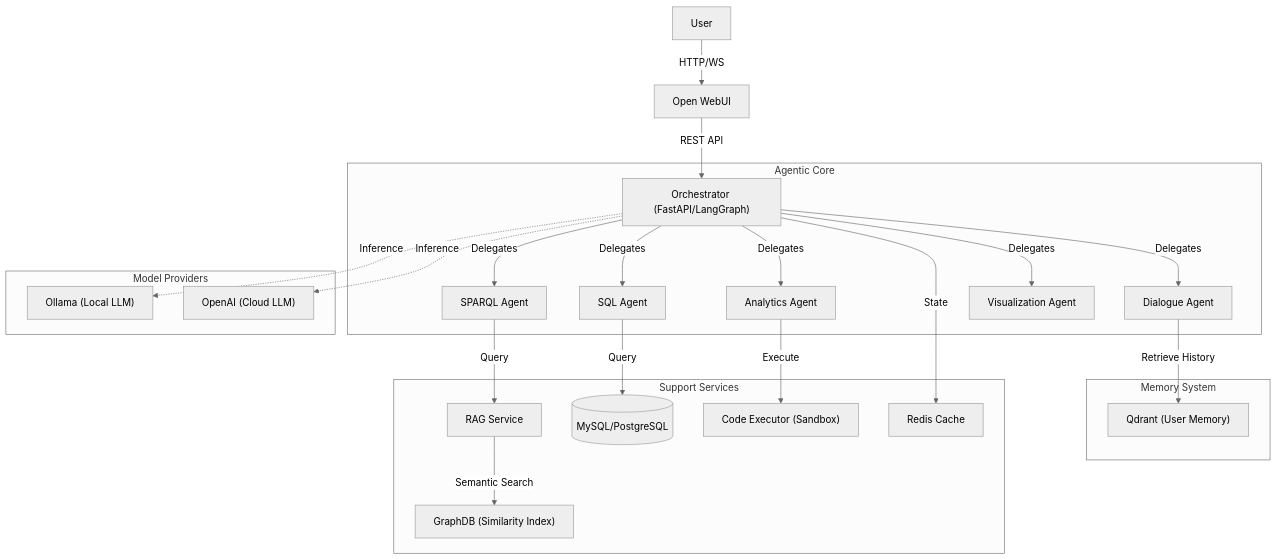
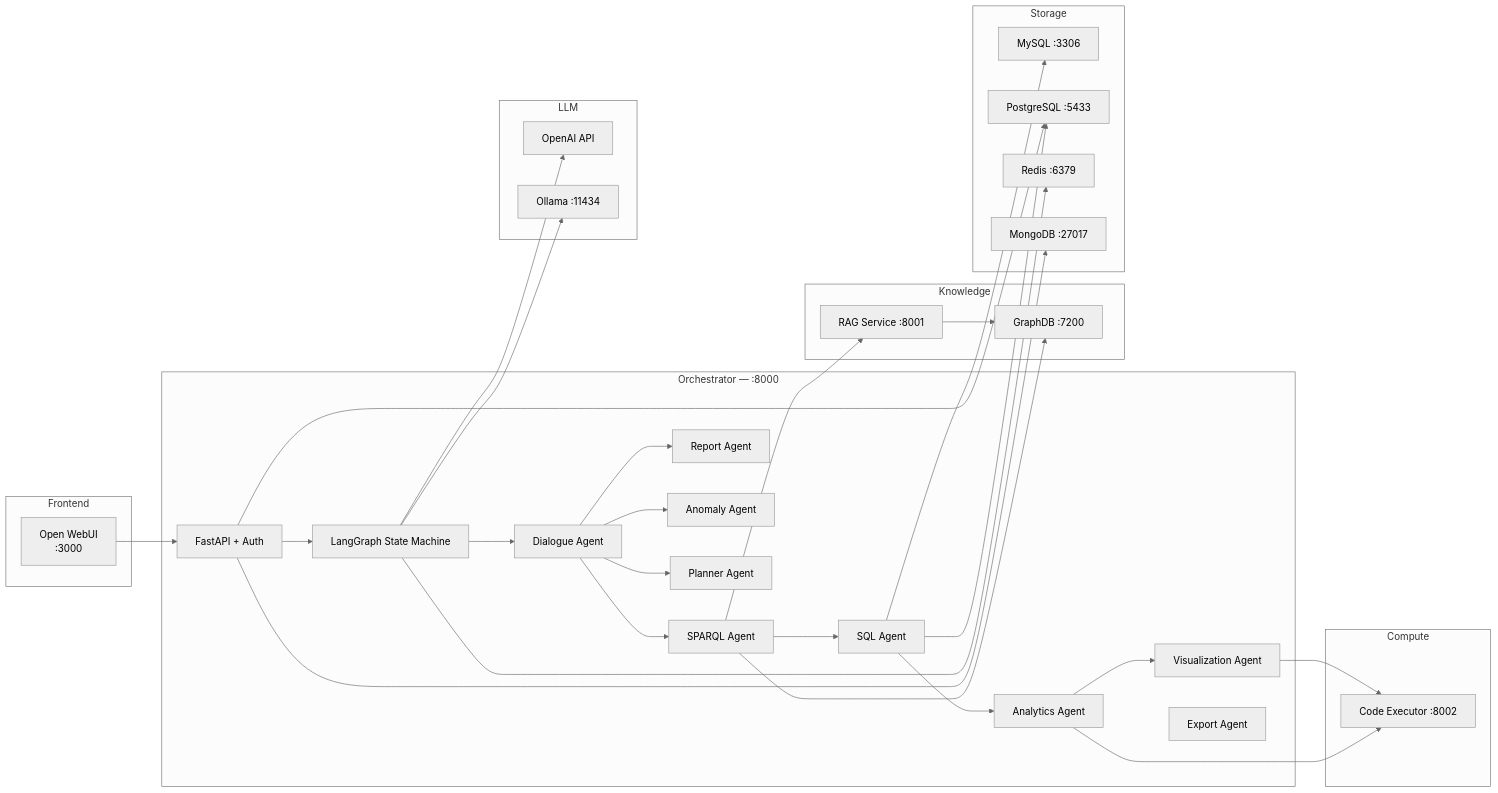
One commit to suhasdevmane/OntoSage changed the diagram in docs/ARCHITECTURE.md. Above: the diagram before and after it, drawn with Mermaid (neutral theme). The commit also changed other lines of this file and 12 other files, not shown here.

````diff
--- a/docs/ARCHITECTURE.md
+++ b/docs/ARCHITECTURE.md
@@ -9,33 +23,64 @@
 ```mermaid
-graph TD
-    User[User] -->|HTTP/WS| Frontend["Open WebUI"]
-    Frontend -->|REST API| Orchestrator["Orchestrator (FastAPI/LangGraph)"]
-    
-    subgraph "Agentic Core"
-        Orchestrator -->|Delegates| DialogueAgent["Dialogue Agent"]
-        Orchestrator -->|Delegates| SPARQLAgent["SPARQL Agent"]
-        Orchestrator -->|Delegates| SQLAgent["SQL Agent"]
-        Orchestrator -->|Delegates| AnalyticsAgent["Analytics Agent"]
-        Orchestrator -->|Delegates| VisAgent["Visualization Agent"]
-    end
-    
-    subgraph "Memory System"
-        DialogueAgent -->|Retrieve History| Qdrant["Qdrant (User Memory)"]
+graph LR
+    subgraph "Frontend"
+        OW["Open WebUI<br/>:3000"]
     end
 
-    subgraph "Support Services"
-        SPARQLAgent -->|Query| RAGService["RAG Service"]
-        RAGService -->|Semantic Search| GraphDB["GraphDB (Similarity Index)"]
-        
-        SQLAgent -->|Query| SQLDB[("MySQL/PostgreSQL")]
-        
-        AnalyticsAgent -->|Execute| CodeExecutor["Code Executor (Sandbox)"]
-        
-        Orchestrator -->|State| Redis["Redis Cache"]
+    subgraph "Orchestrator — :8000"
+        FW["FastAPI + Auth"]
+        LG["LangGraph State Machine"]
+        DA["Dialogue Agent"]
+        SPA["SPARQL Agent"]
+        SQLA["SQL Agent"]
+        ANA["Analytics Agent"]
+        VISA["Visualization Agent"]
+        REP["Report Agent"]
+        ANO["Anomaly Agent"]
+        PLA["Planner Agent"]
+        EXP["Export Agent"]
     end
-    
-    subgraph "Model Providers"
-        Orchestrator -.->|Inference| Ollama["Ollama (Local LLM)"]
-        Orchestrator -.->|Inference| OpenAI["OpenAI (Cloud LLM)"]
+
+    subgraph "Knowledge"
+        RAGS["RAG Service :8001"]
+        GDB["GraphDB :7200"]
     end
+
+    subgraph "Storage"
+        MySQL["MySQL :3306"]
+        PG["PostgreSQL :5433"]
+        Redis["Redis :6379"]
+        Mongo["MongoDB :27017"]
+    end
+
+    subgraph "Compute"
+        CE["Code Executor :8002"]
+    end
+
+    subgraph "LLM"
+        OAI["OpenAI API"]
+        OLL["Ollama :11434"]
+    end
+
+    OW --> FW
+    FW --> LG
+    LG --> DA
+    DA --> SPA
+    DA --> REP
+    DA --> ANO
+    DA --> PLA
+    SPA --> SQLA
+    SQLA --> ANA
+    ANA --> VISA
+    SPA --> RAGS
+    RAGS --> GDB
+    SPA --> GDB
+    SQLA --> MySQL
+    SQLA --> PG
+    ANA --> CE
+    VISA --> CE
+    LG --> Redis
+    FW --> PG
+    FW --> Mongo
+    LG --> OAI
+    LG --> OLL
 ```
````
